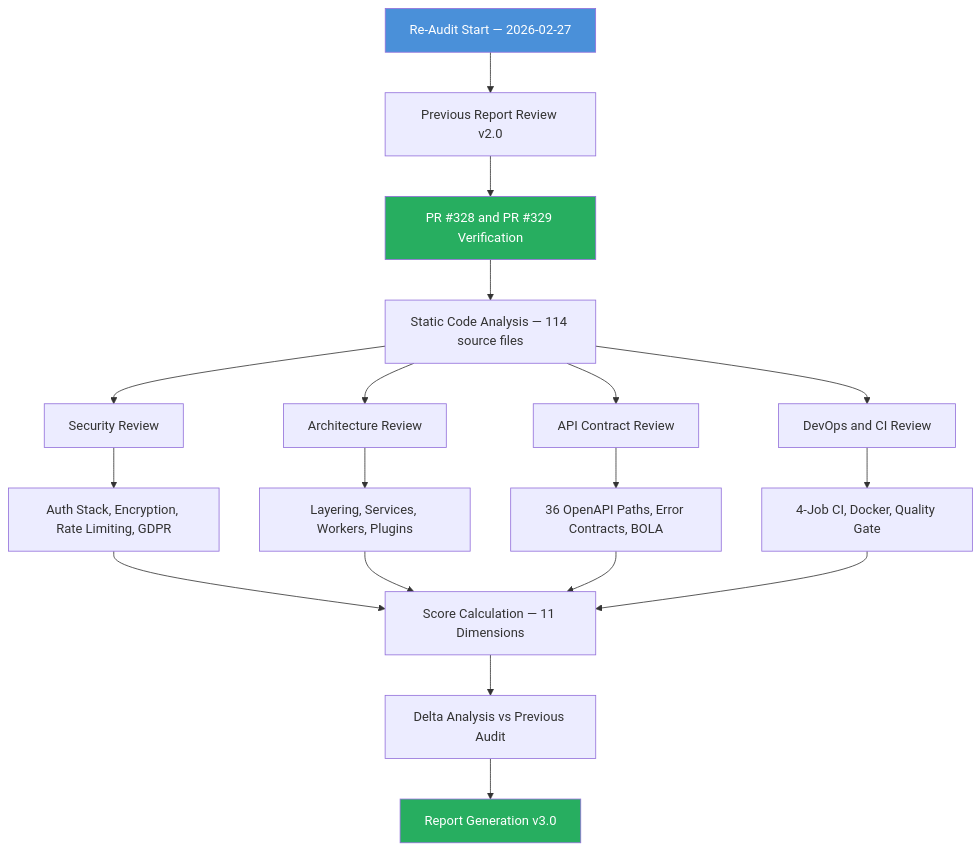
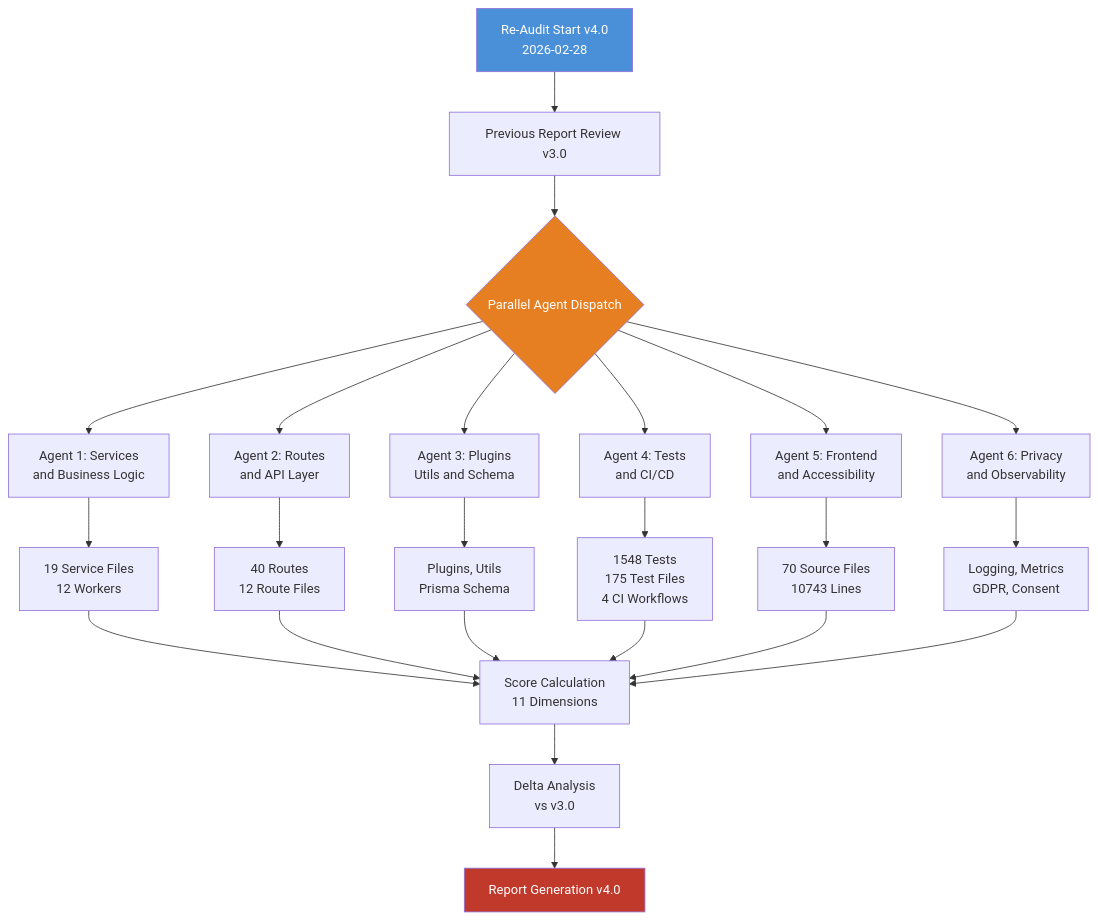
One commit to Tamoura/Claude-Code-creates-the-SW-company changed the first of 16 diagrams in products/stablecoin-gateway/docs/AUDIT-REPORT.md. Above: the diagram before and after it, drawn with Mermaid. The commit also changed other lines of this file, not shown here.

First line of the commit message:
docs(stablecoin-gateway): update audit report v4.0 with 11-dimension scores

````diff
--- a/products/stablecoin-gateway/docs/AUDIT-REPORT.md
+++ b/products/stablecoin-gateway/docs/AUDIT-REPORT.md
@@ -42,24 +55,29 @@
 ```mermaid
 flowchart TD
-    A[Re-Audit Start — 2026-02-27] --> B[Previous Report Review v2.0]
-    B --> C[PR #328 and PR #329 Verification]
-    C --> D[Static Code Analysis — 114 source files]
-    D --> E[Security Review]
-    D --> F[Architecture Review]
-    D --> G[API Contract Review]
-    D --> H[DevOps and CI Review]
-    E --> I[Auth Stack, Encryption, Rate Limiting, GDPR]
-    F --> J[Layering, Services, Workers, Plugins]
-    G --> K[36 OpenAPI Paths, Error Contracts, BOLA]
-    H --> L[4-Job CI, Docker, Quality Gate]
-    I --> M[Score Calculation — 11 Dimensions]
-    J --> M
-    K --> M
-    L --> M
-    M --> N[Delta Analysis vs Previous Audit]
-    N --> O[Report Generation v3.0]
+    A[Re-Audit Start v4.0<br>2026-02-28] --> B[Previous Report Review v3.0]
+    B --> C{Parallel Agent Dispatch}
+    C --> D[Agent 1: Services<br>and Business Logic]
+    C --> E[Agent 2: Routes<br>and API Layer]
+    C --> F[Agent 3: Plugins<br>Utils and Schema]
+    C --> G[Agent 4: Tests<br>and CI/CD]
+    C --> H[Agent 5: Frontend<br>and Accessibility]
+    C --> I[Agent 6: Privacy<br>and Observability]
+    D --> J[19 Service Files<br>12 Workers]
+    E --> K[40 Routes<br>12 Route Files]
+    F --> L[Plugins, Utils<br>Prisma Schema]
+    G --> M[1548 Tests<br>175 Test Files<br>4 CI Workflows]
+    H --> N[70 Source Files<br>10743 Lines]
+    I --> O[Logging, Metrics<br>GDPR, Consent]
+    J --> P[Score Calculation<br>11 Dimensions]
+    K --> P
+    L --> P
+    M --> P
+    N --> P
+    O --> P
+    P --> Q[Delta Analysis<br>vs v3.0]
+    Q --> R[Report Generation v4.0]
 
     style A fill:#4a90d9,color:#fff
-    style C fill:#27ae60,color:#fff
-    style O fill:#27ae60,color:#fff
+    style C fill:#e67e22,color:#fff
+    style R fill:#c0392b,color:#fff
 ```
````
